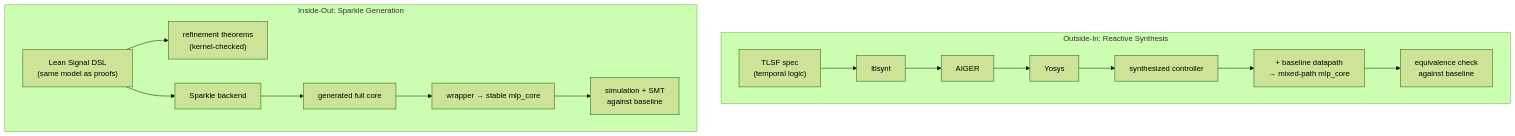
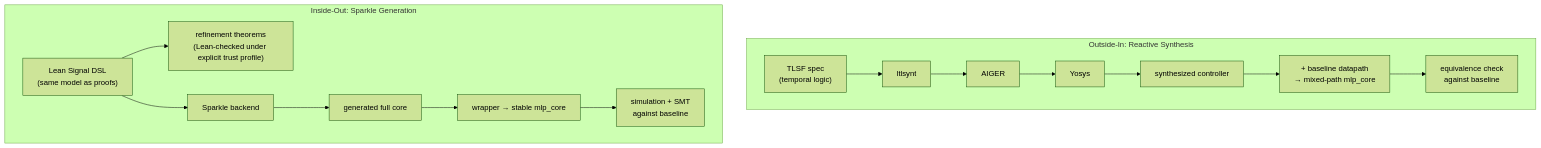
The first of 4 diagrams in docs/generated-rtl.md (dfdgsdfg/ann-rtl-lean-poc), drawn with Mermaid (forest theme) before and after one commit. The commit also changed other lines of this file, not shown here.

````diff
--- a/docs/generated-rtl.md
+++ b/docs/generated-rtl.md
@@ -17,14 +17,14 @@
 ```mermaid
 graph TB
     subgraph "Outside-In: Reactive Synthesis"
         TLSF["TLSF spec<br/>(temporal logic)"] --> ltlsynt --> AIGER --> YS1["Yosys"] --> CTRL["synthesized controller"]
         CTRL --> MIX["+ baseline datapath<br/>→ mixed-path mlp_core"]
         MIX --> EQ["equivalence check<br/>against baseline"]
     end
     subgraph "Inside-Out: Sparkle Generation"
-        DSL["Lean Signal DSL<br/>(same model as proofs)"] --> REF["refinement theorems<br/>(kernel-checked)"]
+        DSL["Lean Signal DSL<br/>(same model as proofs)"] --> REF["refinement theorems<br/>(Lean-checked under explicit trust profile)"]
         DSL --> EMIT["Sparkle backend"] --> FULL["generated full core"]
         FULL --> WRAP["wrapper → stable mlp_core"]
         WRAP --> VAL["simulation + SMT<br/>against baseline"]
     end
 ```
````
